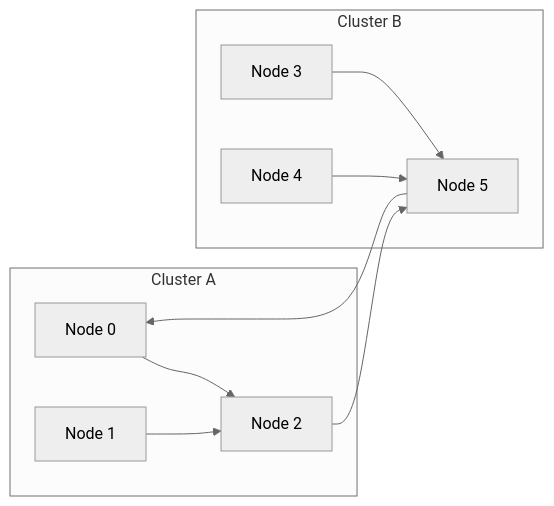
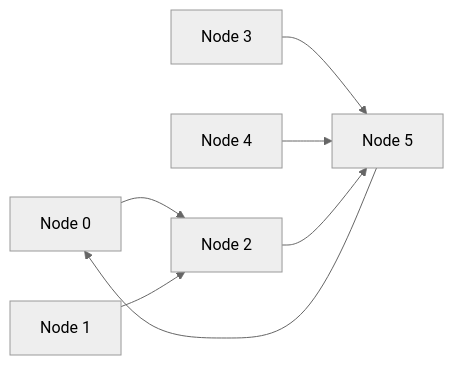
One commit to dlinzner-bcs/ruCTBN changed the fifth of 7 diagrams in README.md. Above: the diagram before and after it, drawn with Mermaid (neutral theme). The commit also changed other lines of this file and 3 other files, not shown here.

````diff
--- a/README.md
+++ b/README.md
@@ -182,21 +182,9 @@
 ```mermaid
 flowchart LR
     X0[Node 0] --> X2[Node 2]
     X1[Node 1] --> X2
     X3[Node 3] --> X5[Node 5]
     X4[Node 4] --> X5
     X2 --> X5
     X5 --> X0
-
-    subgraph A[Cluster A]
-        X0
-        X1
-        X2
-    end
-
-    subgraph B[Cluster B]
-        X3
-        X4
-        X5
-    end
 ```
````
